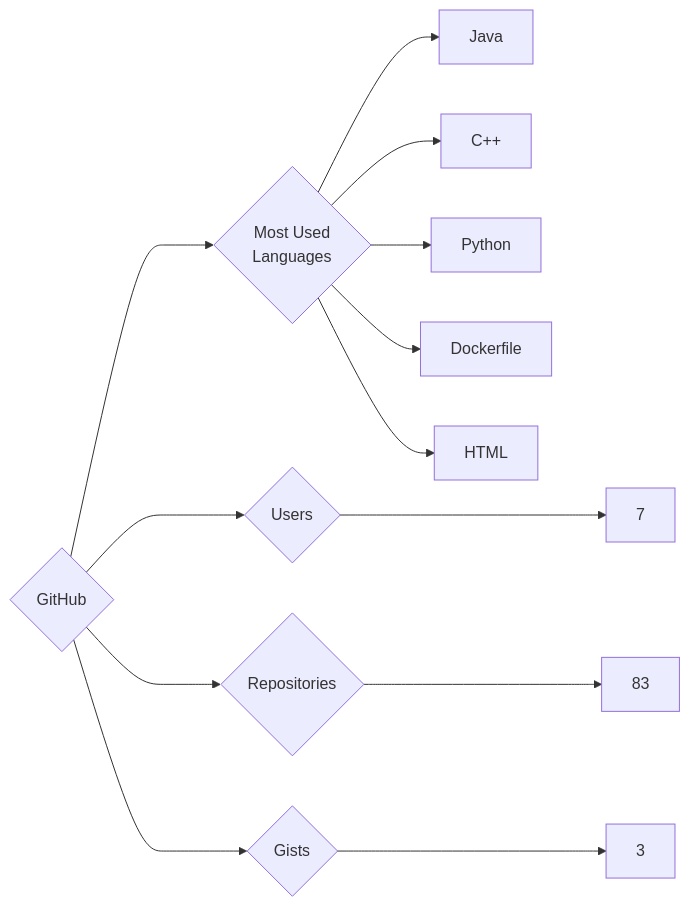
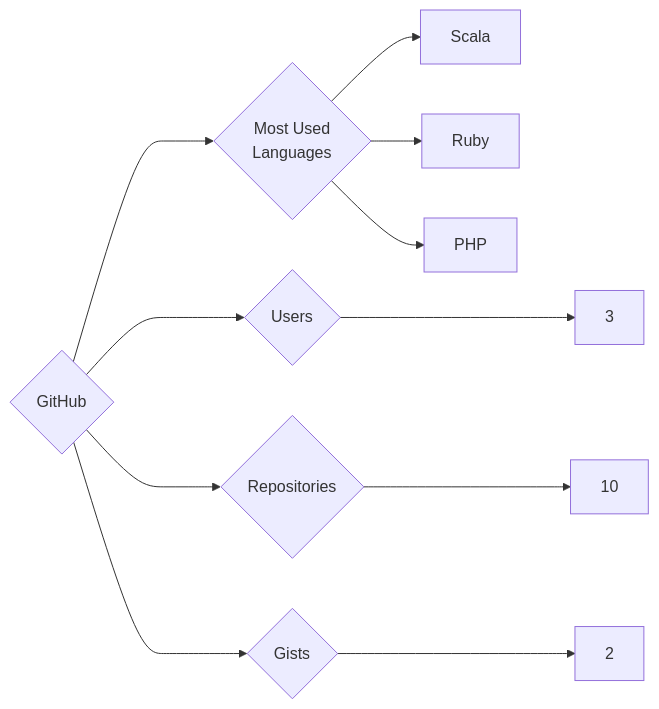
The diagram in targets/GitHub/README.md (trickest/insiders), drawn with Mermaid before and after one commit. The commit also changed 815 other files, not shown here.

````diff
--- a/targets/GitHub/README.md
+++ b/targets/GitHub/README.md
@@ -3,13 +3,11 @@
 ```mermaid
 graph LR
 COMPANY_NAME{GitHub}
-COMPANY_NAME ---> U{Users} ---> UN[7]
-COMPANY_NAME ---> R{Repositories} ---> RN[83]
-COMPANY_NAME ---> G{Gists} ---> GN[3]
+COMPANY_NAME ---> U{Users} ---> UN[3]
+COMPANY_NAME ---> R{Repositories} ---> RN[10]
+COMPANY_NAME ---> G{Gists} ---> GN[2]
 COMPANY_NAME ---> ML{Most Used<br>Languages}
-ML --> Java[Java]
-ML --> C++[C++]
-ML --> Python[Python]
-ML --> Dockerfile[Dockerfile]
-ML --> HTML[HTML]
+ML --> Scala[Scala]
+ML --> Ruby[Ruby]
+ML --> PHP[PHP]
 ```
````
